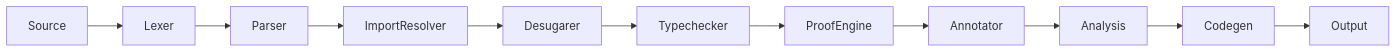
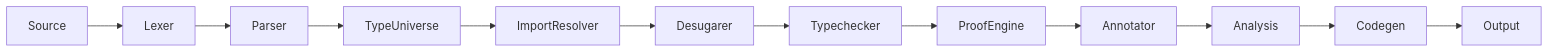
Before and after one commit to Randozart/brief-lang: the diagram in docs/architecture/overview.md, drawn with Mermaid. The commit also changed other lines of this file and 6 other files, not shown here.

First line of the commit message:
Phase 1.5 docs: spec, architecture, learn guide

````diff
--- a/docs/architecture/overview.md
+++ b/docs/architecture/overview.md
@@ -11,13 +11,14 @@
 ```mermaid
 flowchart LR
     Source --> Lexer
     Lexer --> Parser
-    Parser --> ImportResolver
+    Parser --> TypeUniverse
+    TypeUniverse --> ImportResolver
     ImportResolver --> Desugarer
     Desugarer --> Typechecker
     Typechecker --> ProofEngine
     ProofEngine --> Annotator
     Annotator --> Analysis
     Analysis --> Codegen
     Codegen --> Output
 ```
````
